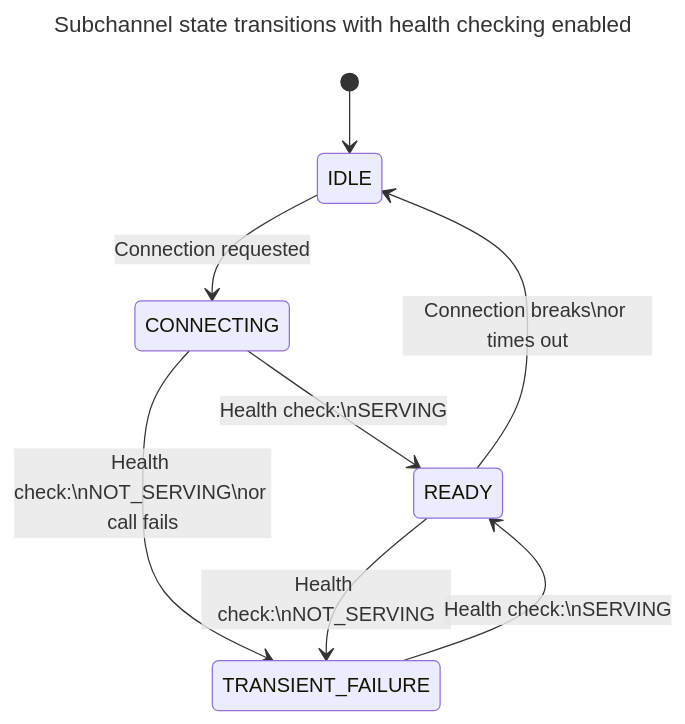
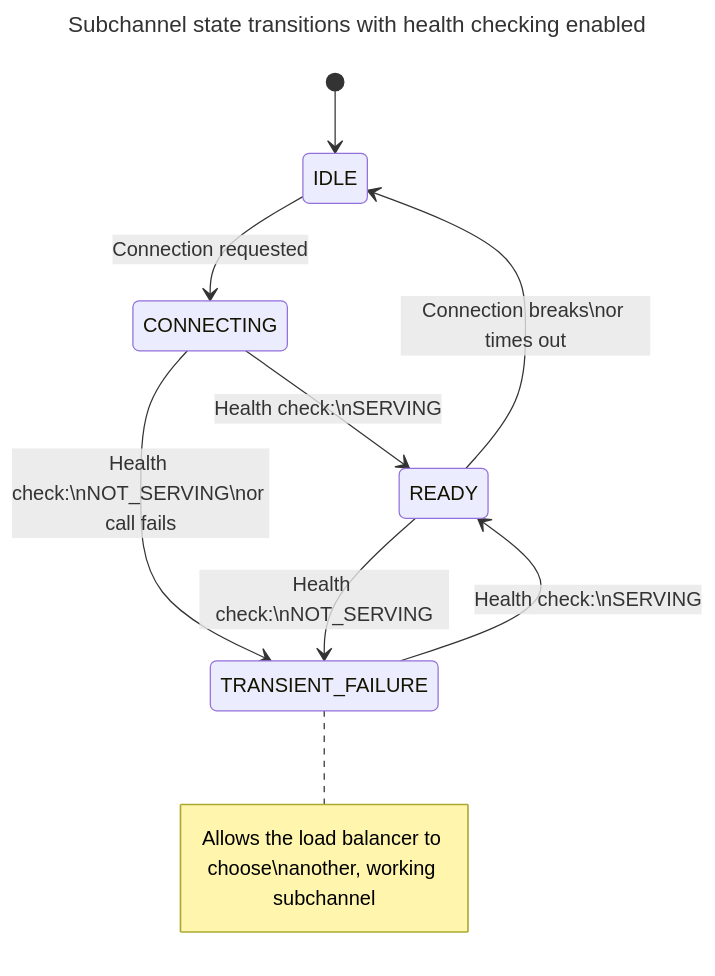
One commit to grpc/grpc.io changed the diagram in content/en/docs/guides/health-checking.md. Above: the diagram before and after it, drawn with Mermaid. The commit also changed other lines of this file, not shown here.

````diff
--- a/content/en/docs/guides/health-checking.md
+++ b/content/en/docs/guides/health-checking.md
@@ -83,13 +84,14 @@
 ```mermaid
 ---
 title: Subchannel state transitions with health checking enabled
 ---
 stateDiagram-v2
     [*] --> IDLE
     IDLE --> CONNECTING : Connection requested
     CONNECTING --> READY : Health check#colon;\nSERVING
     CONNECTING --> TRANSIENT_FAILURE : Health check#colon;\nNOT_SERVING\nor call fails
     READY --> TRANSIENT_FAILURE : Health check#colon;\nNOT_SERVING
     READY --> IDLE : Connection breaks\nor times out
     TRANSIENT_FAILURE --> READY : Health check#colon;\nSERVING
+    note right of TRANSIENT_FAILURE : Allows the load balancer to choose\nanother, working subchannel 
 ```
````
